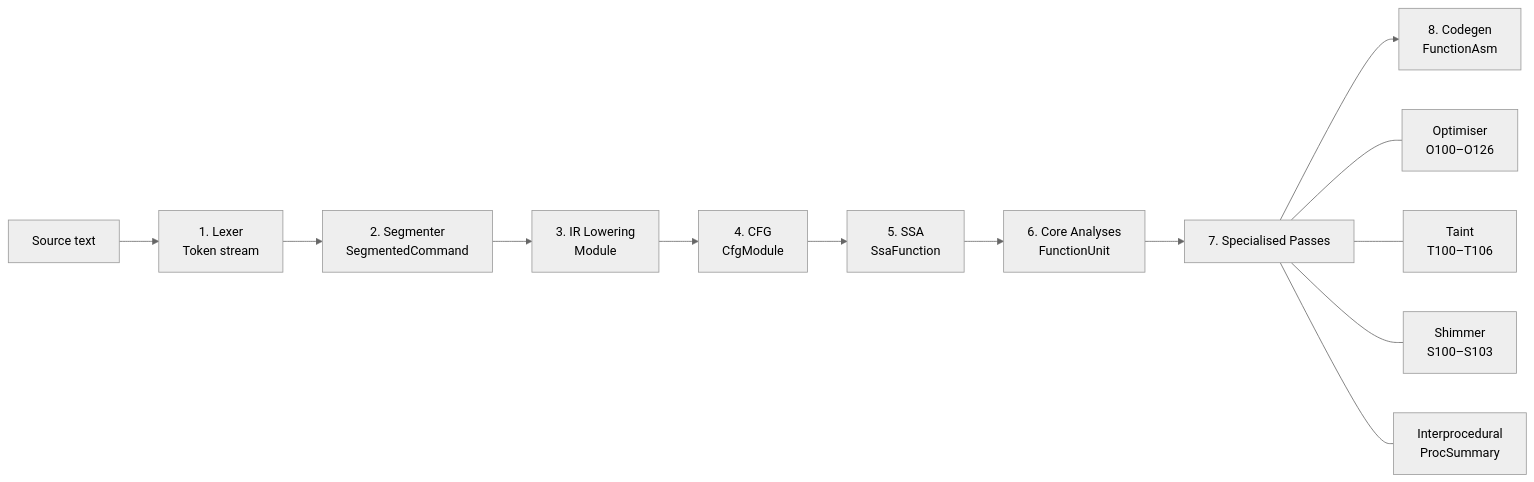
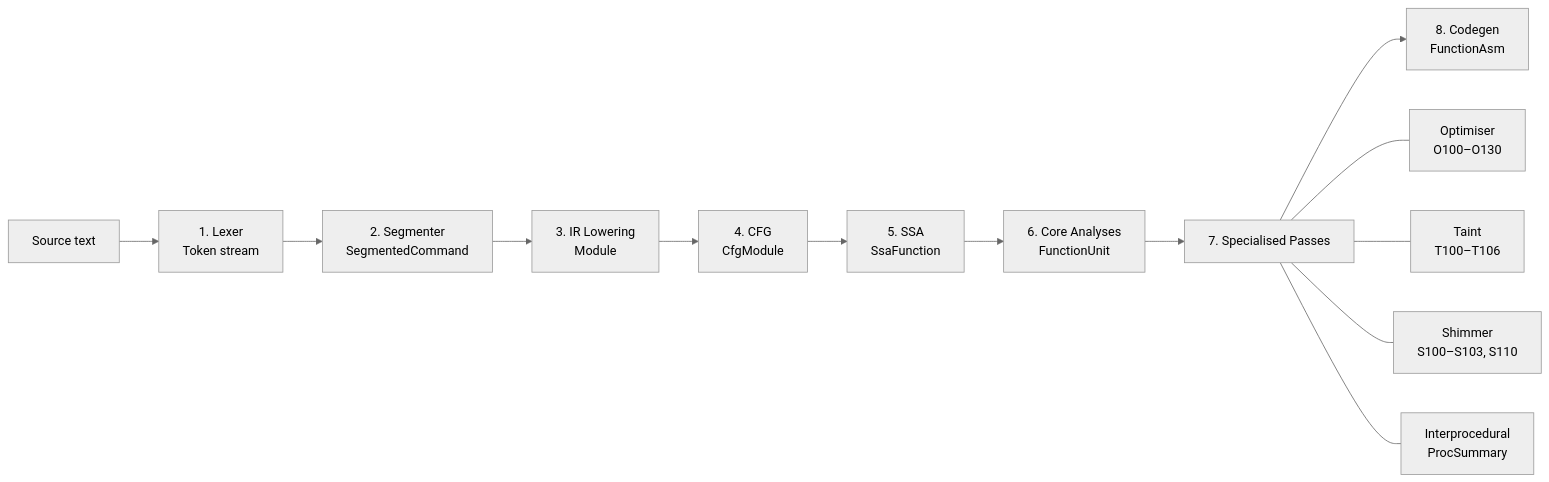
Before and after one commit to bitwisecook/tcl-lsp: the first of 34 diagrams in docs/GLOSSARY.md, drawn with Mermaid (neutral theme). The commit also changed other lines of this file and 56 other files, not shown here.

````diff
--- a/docs/GLOSSARY.md
+++ b/docs/GLOSSARY.md
@@ -11,16 +11,16 @@
 ```mermaid
 flowchart LR
     SRC["Source text"] --> LEX["1. Lexer<br/>Token stream"]
     LEX --> SEG["2. Segmenter<br/>SegmentedCommand"]
     SEG --> IR["3. IR Lowering<br/>Module"]
     IR --> CFG["4. CFG<br/>CfgModule"]
     CFG --> SSA["5. SSA<br/>SsaFunction"]
     SSA --> ANA["6. Core Analyses<br/>FunctionUnit"]
     ANA --> SP["7. Specialised Passes"]
     SP --> CG["8. Codegen<br/>FunctionAsm"]
 
-    SP --- OPT["Optimiser<br/>O100–O126"]
+    SP --- OPT["Optimiser<br/>O100–O130"]
     SP --- TAINT["Taint<br/>T100–T106"]
-    SP --- SHIM["Shimmer<br/>S100–S103"]
+    SP --- SHIM["Shimmer<br/>S100–S103, S110"]
     SP --- INTERP["Interprocedural<br/>ProcSummary"]
 ```
````
